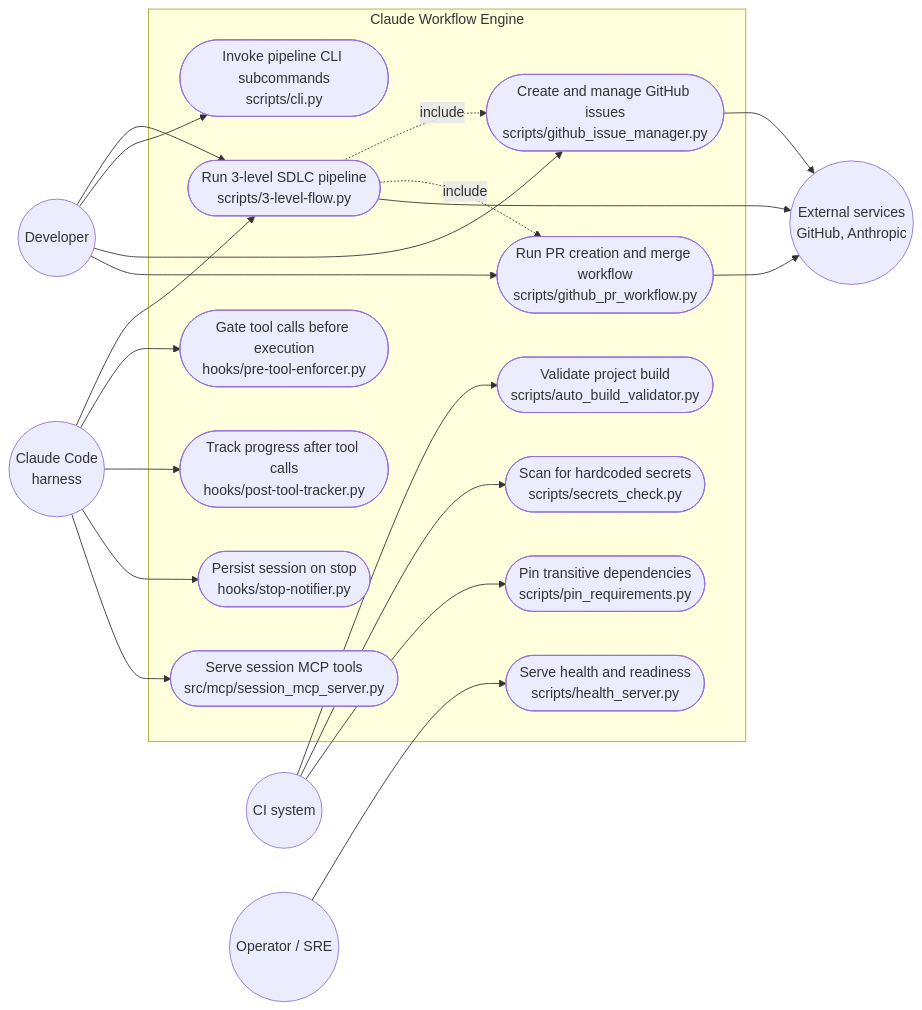
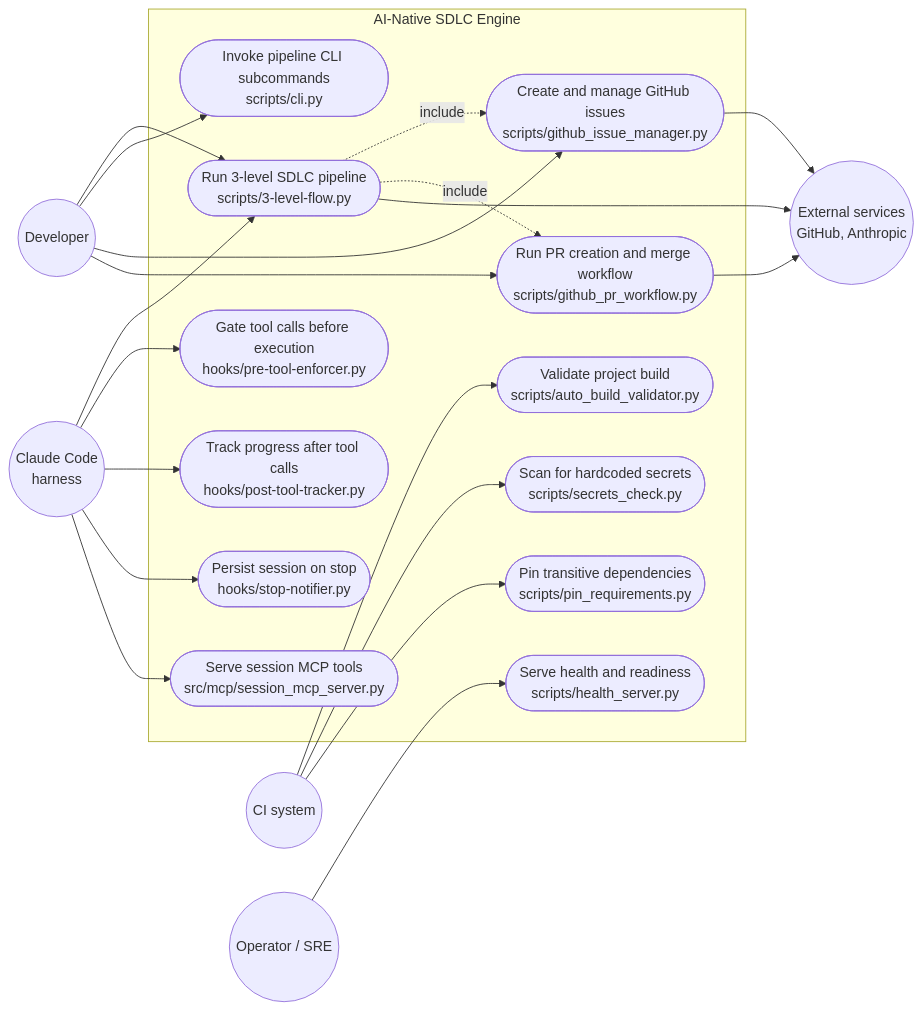
Before and after one commit to techdeveloper-org/ai-native-sdlc-engine: the diagram in usecase_diagram.md, drawn with Mermaid. The commit also changed 150 other files, not shown here.

Commit message:
refactor: complete sweep of claude-workflow-engine to ai-native-sdlc-engine (#331)

````diff
--- a/usecase_diagram.md
+++ b/usecase_diagram.md
@@ -15,46 +15,46 @@
 ```mermaid
 flowchart LR
     DEV(("Developer"))
     CC(("Claude Code<br/>harness"))
     CI(("CI system"))
     OPS(("Operator / SRE"))
     EXT(("External services<br/>GitHub, Anthropic"))
 
-    subgraph SYS["Claude Workflow Engine"]
+    subgraph SYS["AI-Native SDLC Engine"]
         UC1(["Run 3-level SDLC pipeline<br/>scripts/3-level-flow.py"])
         UC2(["Invoke pipeline CLI subcommands<br/>scripts/cli.py"])
         UC3(["Create and manage GitHub issues<br/>scripts/github_issue_manager.py"])
         UC4(["Run PR creation and merge workflow<br/>scripts/github_pr_workflow.py"])
         UC5(["Validate project build<br/>scripts/auto_build_validator.py"])
         UC6(["Scan for hardcoded secrets<br/>scripts/secrets_check.py"])
         UC7(["Pin transitive dependencies<br/>scripts/pin_requirements.py"])
         UC8(["Serve health and readiness<br/>scripts/health_server.py"])
         UC9(["Gate tool calls before execution<br/>hooks/pre-tool-enforcer.py"])
         UC10(["Track progress after tool calls<br/>hooks/post-tool-tracker.py"])
         UC11(["Persist session on stop<br/>hooks/stop-notifier.py"])
         UC12(["Serve session MCP tools<br/>src/mcp/session_mcp_server.py"])
     end
 
     DEV --> UC1
     DEV --> UC2
     DEV --> UC3
     DEV --> UC4
 
     CC --> UC1
     CC --> UC9
     CC --> UC10
     CC --> UC11
     CC --> UC12
 
     CI --> UC5
     CI --> UC6
     CI --> UC7
 
     OPS --> UC8
 
     UC1 -.->|include| UC3
     UC1 -.->|include| UC4
     UC3 --> EXT
     UC4 --> EXT
     UC1 --> EXT
 ```
````
